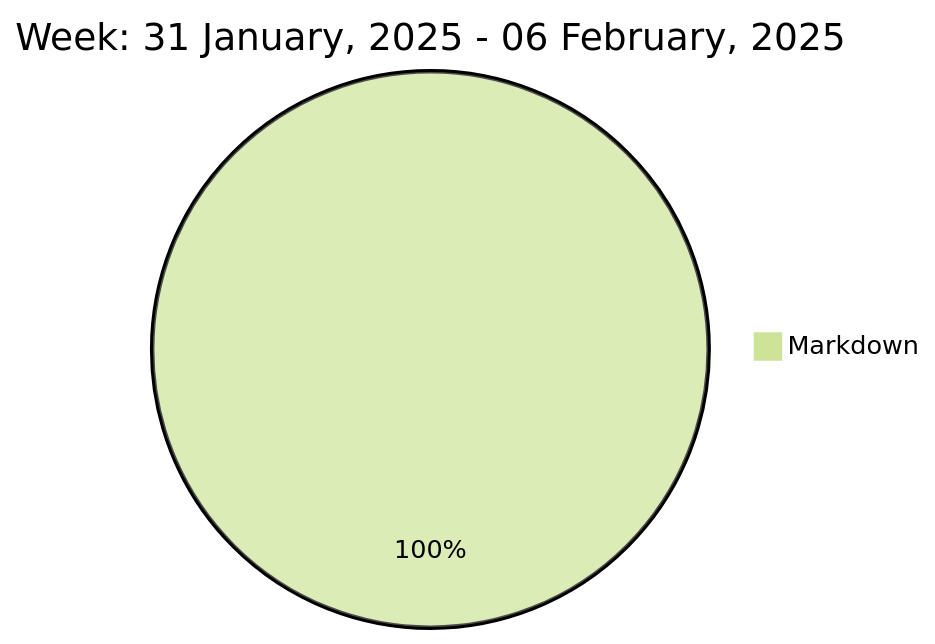
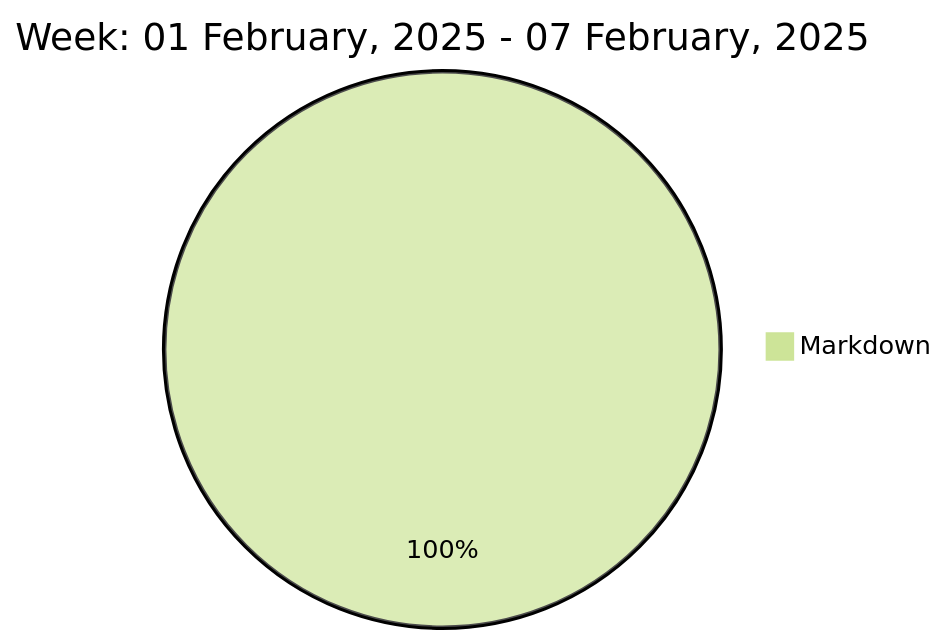
One commit to liubin95/liubin95 changed the diagram in README.md. Above: the diagram before and after it, drawn with Mermaid (forest theme).

Commit message:
Updated the Graph with new Metrics

````diff
--- a/README.md
+++ b/README.md
@@ -37,5 +37,5 @@
 ```mermaid
  pie
-title Week: 31 January, 2025 - 06 February, 2025
- "Markdown" : 1.88
+title Week: 01 February, 2025 - 07 February, 2025
+ "Markdown" : 2.0
 ```
````
